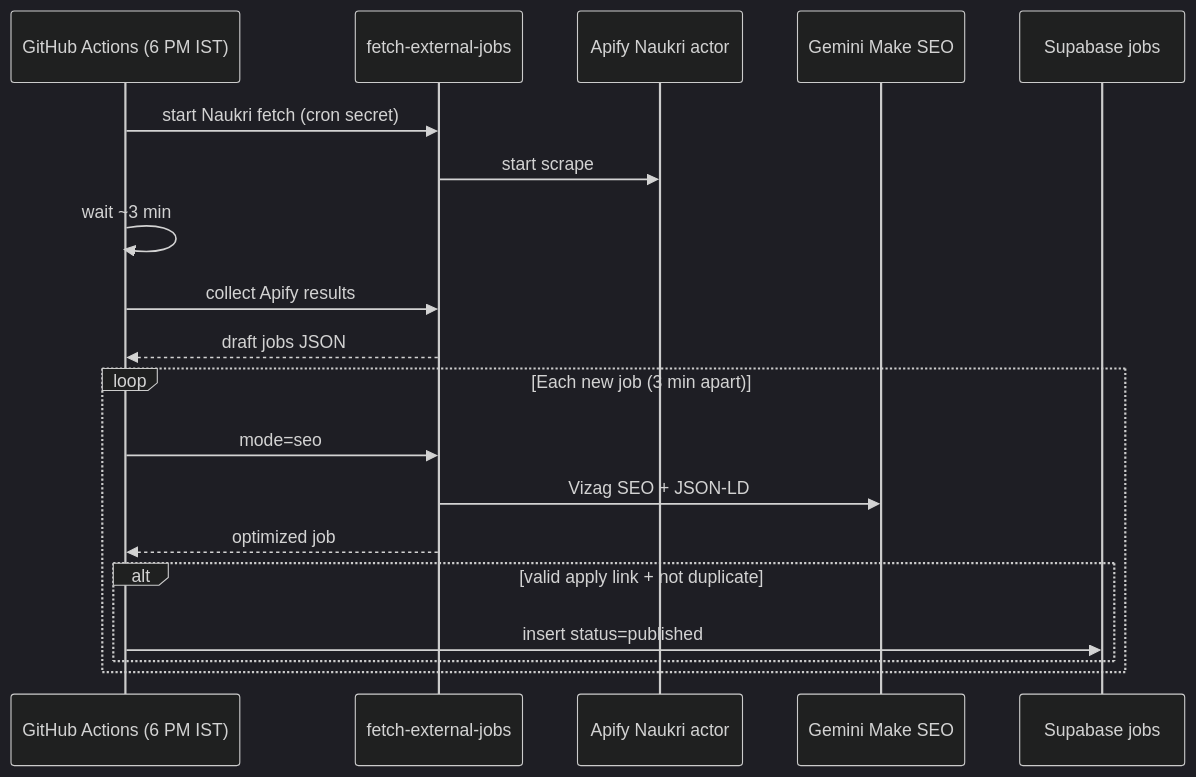
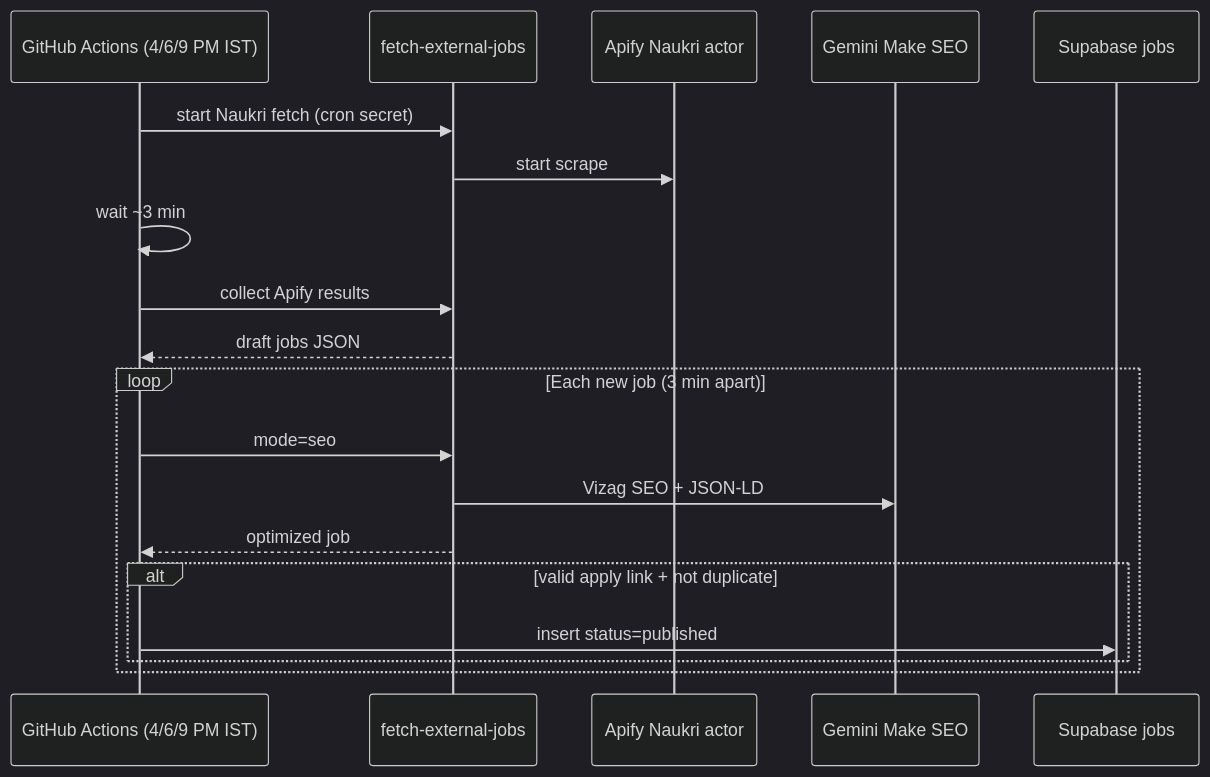
The diagram in docs/auto-naukri-pipeline.md (Kiran040595/vizag-jobs), drawn with Mermaid (dark theme) before and after one commit. The commit also changed other lines of this file and 3 other files, not shown here.

````diff
--- a/docs/auto-naukri-pipeline.md
+++ b/docs/auto-naukri-pipeline.md
@@ -15,22 +15,22 @@
 ```mermaid
 sequenceDiagram
-  participant GH as GitHub Actions (6 PM IST)
+  participant GH as GitHub Actions (4/6/9 PM IST)
   participant Edge as fetch-external-jobs
   participant Apify as Apify Naukri actor
   participant Gemini as Gemini Make SEO
   participant DB as Supabase jobs
 
   GH->>Edge: start Naukri fetch (cron secret)
   Edge->>Apify: start scrape
   GH->>GH: wait ~3 min
   GH->>Edge: collect Apify results
   Edge-->>GH: draft jobs JSON
   loop Each new job (3 min apart)
     GH->>Edge: mode=seo
     Edge->>Gemini: Vizag SEO + JSON-LD
     Edge-->>GH: optimized job
     alt valid apply link + not duplicate
       GH->>DB: insert status=published
     end
   end
 ```
````
